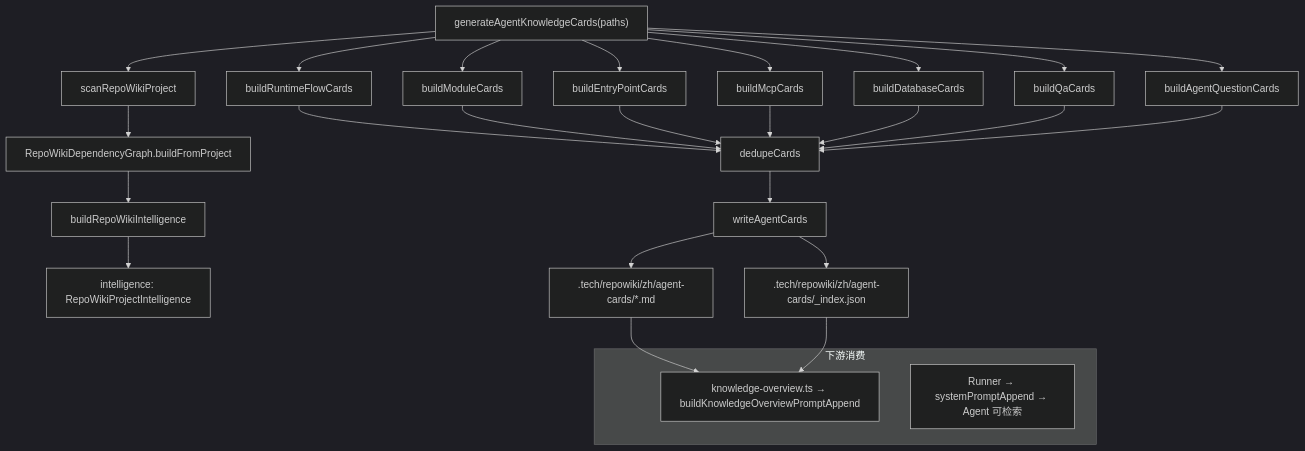
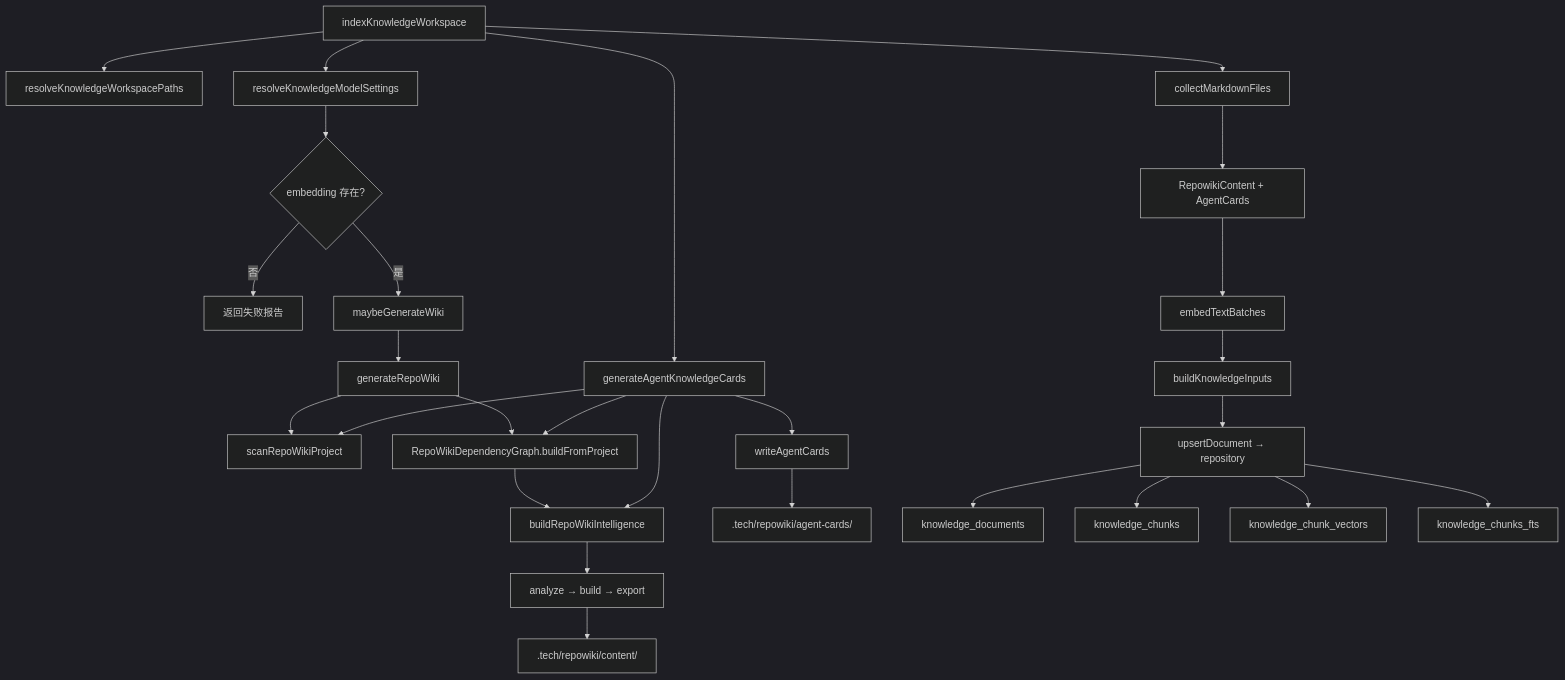
Before and after one commit to lst016/tech-cc-hub: the diagram in .tech/repowiki/zh/content/核心模块规格/知识库后端引擎总览/Agent Knowledge Cards.md, drawn with Mermaid (dark theme). The commit also changed other lines of this file and 195 other files, not shown here.

````diff
--- a/.tech/repowiki/zh/content/核心模块规格/知识库后端引擎总览/Agent Knowledge Cards.md
+++ b/.tech/repowiki/zh/content/核心模块规格/知识库后端引擎总览/Agent Knowledge Cards.md
@@ -75,24 +157,29 @@
 ```mermaid
 flowchart TD
-    A["generateAgentKnowledgeCards(paths)"] --> B["scanRepoWikiProject"]
-    B --> C["RepoWikiDependencyGraph.buildFromProject"]
-    C --> D["buildRepoWikiIntelligence"]
-    D --> E["intelligence: RepoWikiProjectIntelligence"]
-    A --> F["buildRuntimeFlowCards"]
-    A --> G["buildModuleCards"]
-    A --> H["buildEntryPointCards"]
-    A --> I["buildMcpCards"]
-    A --> J["buildDatabaseCards"]
-    A --> K["buildQaCards"]
-    A --> L["buildAgentQuestionCards"]
-    F & G & H & I & J & K & L --> M["dedupeCards"]
-    M --> N["writeAgentCards"]
-    N --> O[".tech/repowiki/zh/agent-cards/*.md"]
-    N --> P[".tech/repowiki/zh/agent-cards/_index.json"]
-
-    subgraph "下游消费"
-        Q["knowledge-overview.ts → buildKnowledgeOverviewPromptAppend"]
-        R["Runner → systemPromptAppend → Agent 可检索"]
-    end
-    O & P --> Q
+    A[indexKnowledgeWorkspace] --> B[resolveKnowledgeWorkspacePaths]
+    A --> C[resolveKnowledgeModelSettings]
+    C --> D{embedding 存在?}
+    D -->|否| E[返回失败报告]
+    D -->|是| F[maybeGenerateWiki]
+    F --> G[generateRepoWiki]
+    G --> H[scanRepoWikiProject]
+    G --> I[RepoWikiDependencyGraph.buildFromProject]
+    I --> J[buildRepoWikiIntelligence]
+    J --> K[analyze → build → export]
+    K --> L[.tech/repowiki/content/]
+    A --> M[generateAgentKnowledgeCards]
+    M --> H
+    M --> I
+    M --> J
+    M --> N[writeAgentCards]
+    N --> O[.tech/repowiki/agent-cards/]
+    A --> P[collectMarkdownFiles]
+    P --> Q[RepowikiContent + AgentCards]
+    Q --> R[embedTextBatches]
+    R --> S[buildKnowledgeInputs]
+    S --> T[upsertDocument → repository]
+    T --> U[knowledge_documents]
+    T --> V[knowledge_chunks]
+    T --> W[knowledge_chunk_vectors]
+    T --> X[knowledge_chunks_fts]
 ```
````
